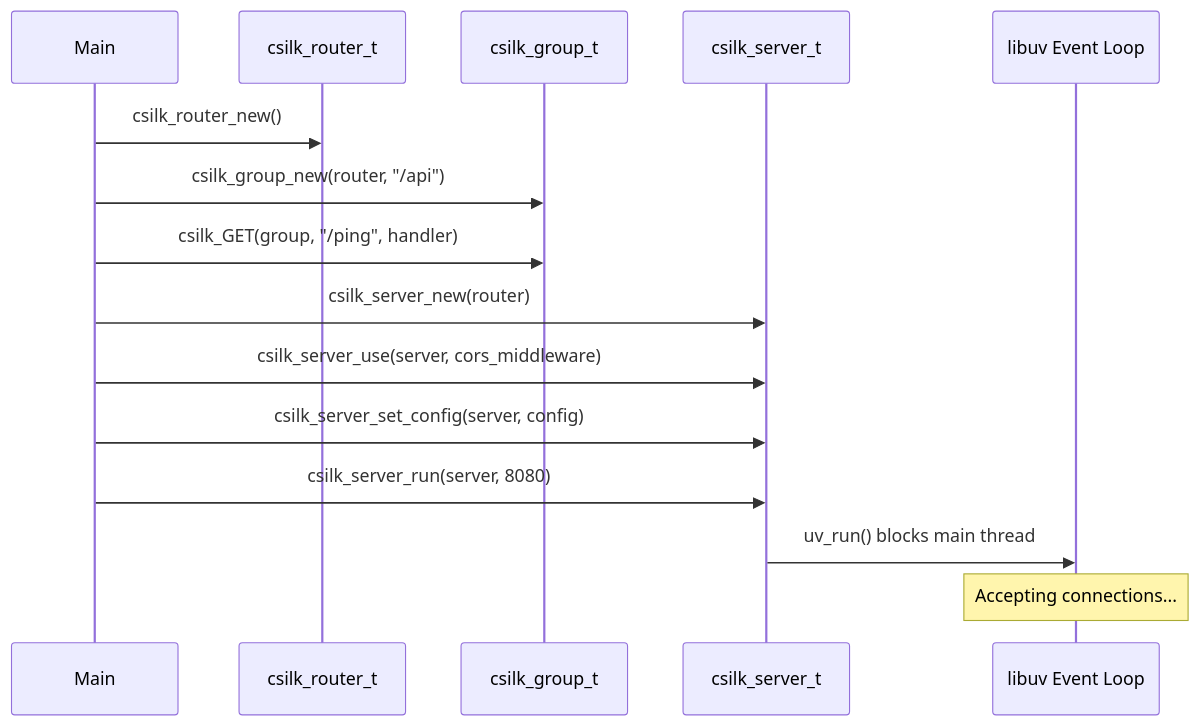
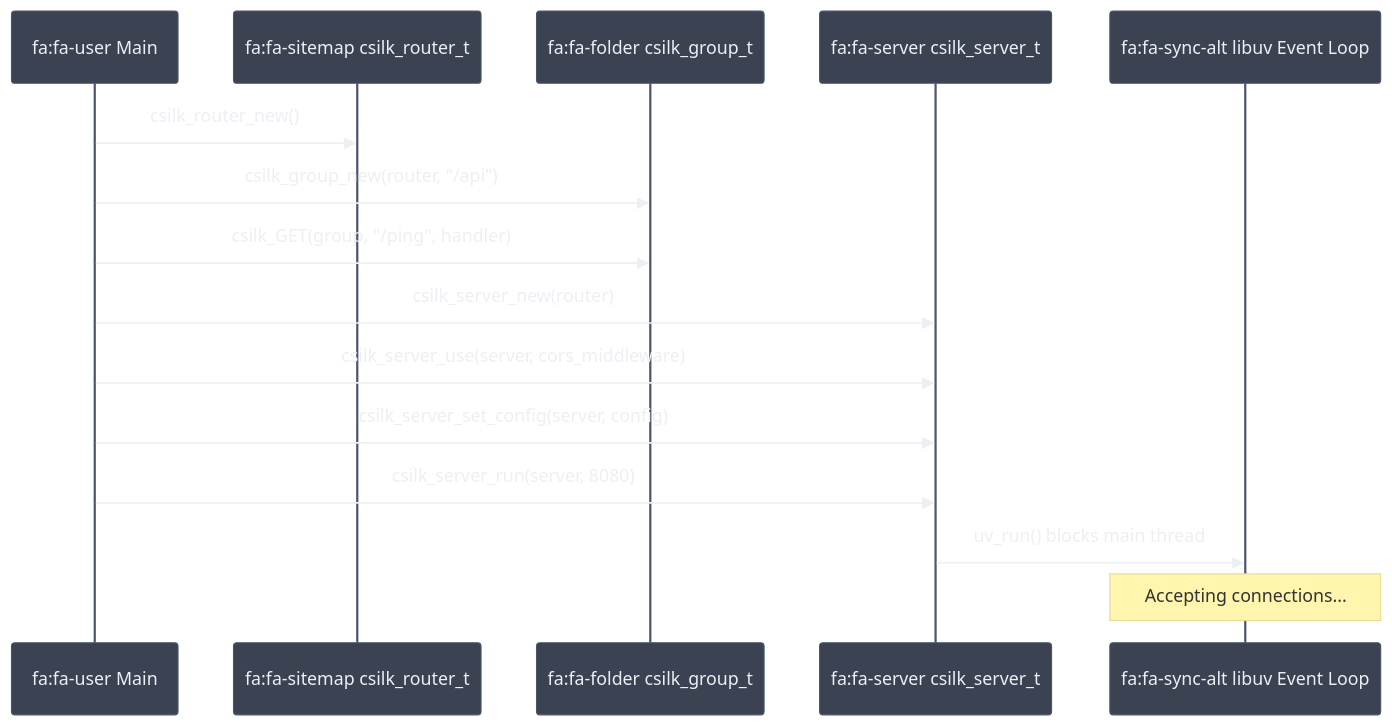
One commit to quintin-lee/csilk changed the second of 2 diagrams in docs/getting-started.md. Above: the diagram before and after it, drawn with Mermaid. The commit also changed other lines of this file and 4 other files, not shown here.

Commit message:
docs(docs): 📝 add performance tuning guide, update index links, and convert security diagram

````diff
--- a/docs/getting-started.md
+++ b/docs/getting-started.md
@@ -107,18 +129,39 @@
 ```mermaid
+%%{init: {
+  'theme': 'base',
+  'themeVariables': {
+    'background': '#2E3440',
+    'primaryColor': '#81A1C1',
+    'primaryBorderColor': '#4C566A',
+    'primaryTextColor': '#ECEFF4',
+    'secondaryColor': '#3B4252',
+    'secondaryBorderColor': '#434C5E',
+    'secondaryTextColor': '#D8DEE9',
+    'lineColor': '#81A1C1',
+    'textColor': '#ECEFF4',
+    'mainBkg': '#3B4252',
+    'nodeBorder': '#4C566A',
+    'clusterBkg': '#2E3440',
+    'clusterBorder': '#4C566A',
+    'titleColor': '#ECEFF4',
+    'edgeLabelBackground': '#3B4252',
+    'nodeTextColor': '#ECEFF4'
+  }
+}}%%
 sequenceDiagram
-    participant Main
-    participant Router as csilk_router_t
-    participant Group as csilk_group_t
-    participant Server as csilk_server_t
-    participant EvLoop as libuv Event Loop
+    participant Main as fa:fa-user Main
+    participant Router as fa:fa-sitemap csilk_router_t
+    participant Group as fa:fa-folder csilk_group_t
+    participant Server as fa:fa-server csilk_server_t
+    participant EvLoop as fa:fa-sync-alt libuv Event Loop
 
     Main->>Router: csilk_router_new()
     Main->>Group: csilk_group_new(router, "/api")
     Main->>Group: csilk_GET(group, "/ping", handler)
     Main->>Server: csilk_server_new(router)
     Main->>Server: csilk_server_use(server, cors_middleware)
     Main->>Server: csilk_server_set_config(server, config)
     Main->>Server: csilk_server_run(server, 8080)
     Server->>EvLoop: uv_run() blocks main thread
     Note over EvLoop: Accepting connections...
 ```
````
